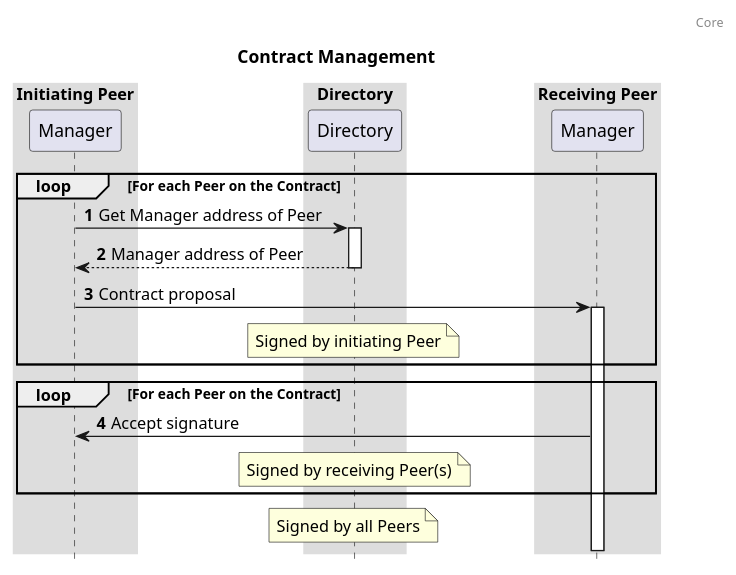
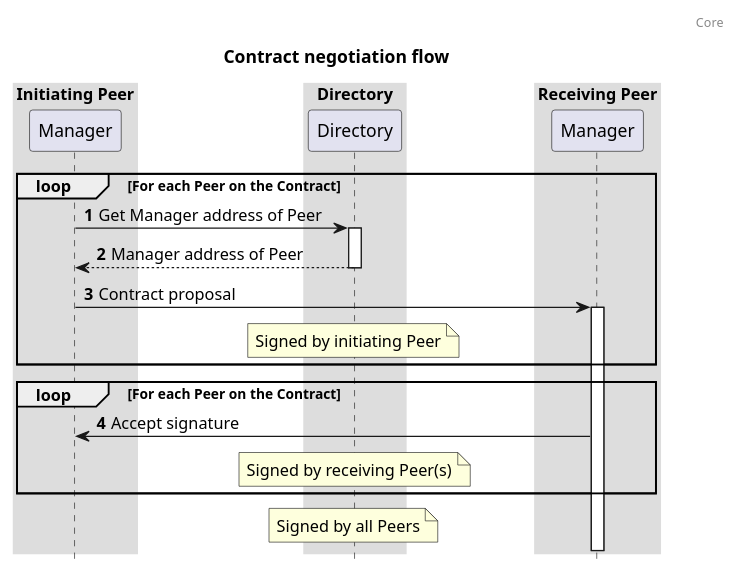
The diagram in media/seq-contract-management.puml (Logius-standaarden/fsc-core), drawn with PlantUML before and after one commit. The commit also changed 6 other files, not shown here.

```diff
--- a/media/seq-contract-management.puml
+++ b/media/seq-contract-management.puml
@@ -1,34 +1,34 @@
 @startuml
 
 autonumber
 header: Core
-title: Contract Management
+title: Contract negotiation flow
 
 box "Initiating Peer"
   participant "Manager" as m1
 end box
 box "Directory"
   participant "Directory" as directory
 end box
 box "Receiving Peer"
   participant "Manager" as m2
 end box
 
 loop For each Peer on the Contract
 m1 -> directory ++ : Get Manager address of Peer
 return Manager address of Peer
 m1 -> m2 ++ : Contract proposal
 note over directory: Signed by initiating Peer
 end loop
 
 loop For each Peer on the Contract
 m2 -> m1: Accept signature
 note over directory: Signed by receiving Peer(s)
 end loop
 
 note over directory: Signed by all Peers
 
 skinparam sequenceBoxBorderColor #transparent
 skinparam boxPadding 50
 hide footbox
 @enduml
```
